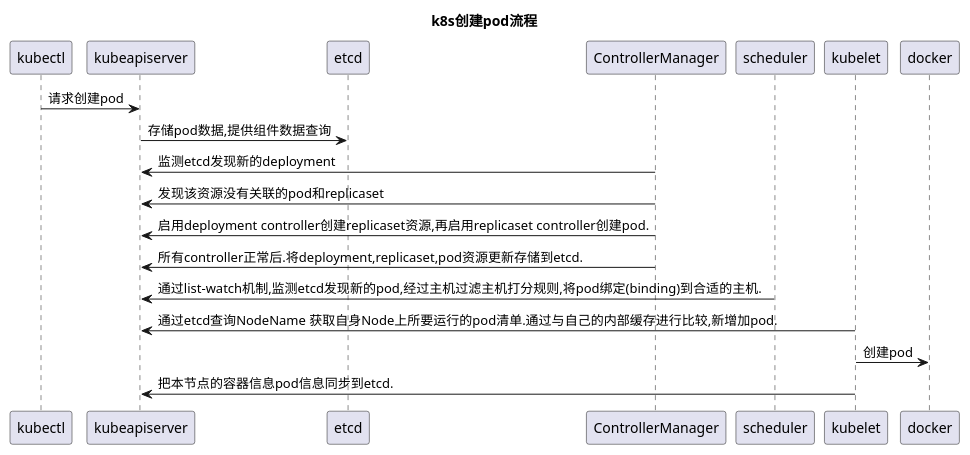
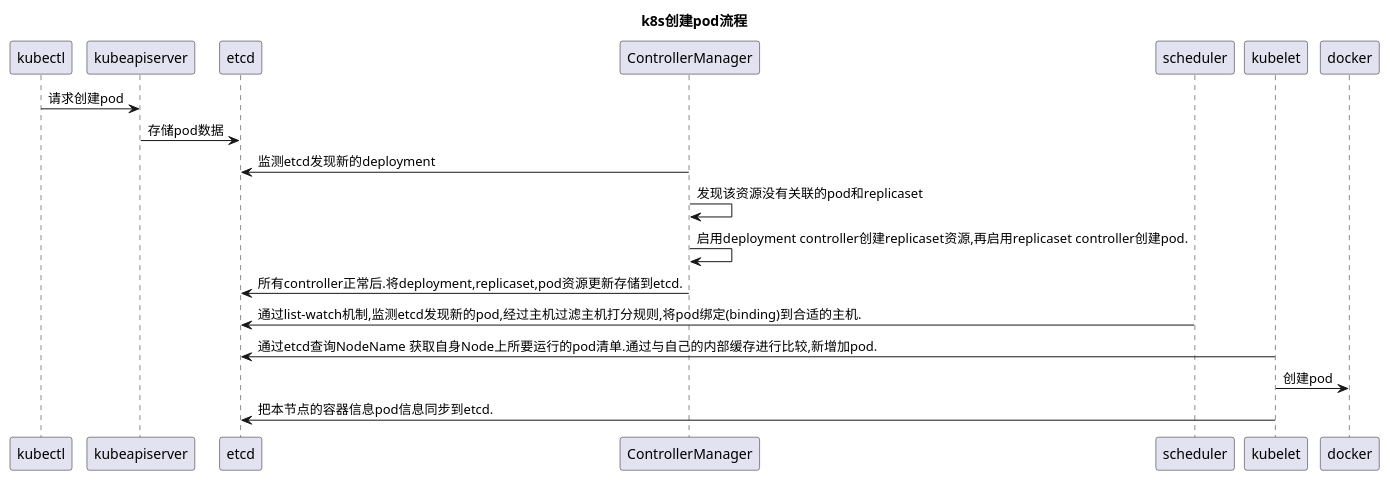
Before and after one commit to nxk88998/k8s: the diagram in k8s工作流程/README.md, drawn with PlantUML.

````diff
--- a/k8s工作流程/README.md
+++ b/k8s工作流程/README.md
@@ -2,22 +2,22 @@
 ```plantuml
 @startuml
 title k8s创建pod流程
 
 
 kubectl -> kubeapiserver : 请求创建pod
 
-kubeapiserver -> etcd : 存储pod数据,提供组件数据查询
+kubeapiserver -> etcd : 存储pod数据
 
-ControllerManager -> kubeapiserver : 监测etcd发现新的deployment
-ControllerManager -> kubeapiserver : 发现该资源没有关联的pod和replicaset
-ControllerManager -> kubeapiserver : 启用deployment controller创建replicaset资源,再启用replicaset controller创建pod.
-ControllerManager -> kubeapiserver : 所有controller正常后.将deployment,replicaset,pod资源更新存储到etcd.
+ControllerManager -> etcd: 监测etcd发现新的deployment
+ControllerManager -> ControllerManager : 发现该资源没有关联的pod和replicaset
+ControllerManager -> ControllerManager : 启用deployment controller创建replicaset资源,再启用replicaset controller创建pod.
+ControllerManager -> etcd : 所有controller正常后.将deployment,replicaset,pod资源更新存储到etcd.
 
-scheduler -> kubeapiserver : 通过list-watch机制,监测etcd发现新的pod,经过主机过滤主机打分规则,将pod绑定(binding)到合适的主机.
+scheduler -> etcd : 通过list-watch机制,监测etcd发现新的pod,经过主机过滤主机打分规则,将pod绑定(binding)到合适的主机.
 
-kubelet -> kubeapiserver : 通过etcd查询NodeName 获取自身Node上所要运行的pod清单.通过与自己的内部缓存进行比较,新增加pod.
+kubelet -> etcd : 通过etcd查询NodeName 获取自身Node上所要运行的pod清单.通过与自己的内部缓存进行比较,新增加pod.
 kubelet -> docker : 创建pod
-kubelet -> kubeapiserver : 把本节点的容器信息pod信息同步到etcd.
+kubelet -> etcd : 把本节点的容器信息pod信息同步到etcd.
 
 @enduml
 ```
````
